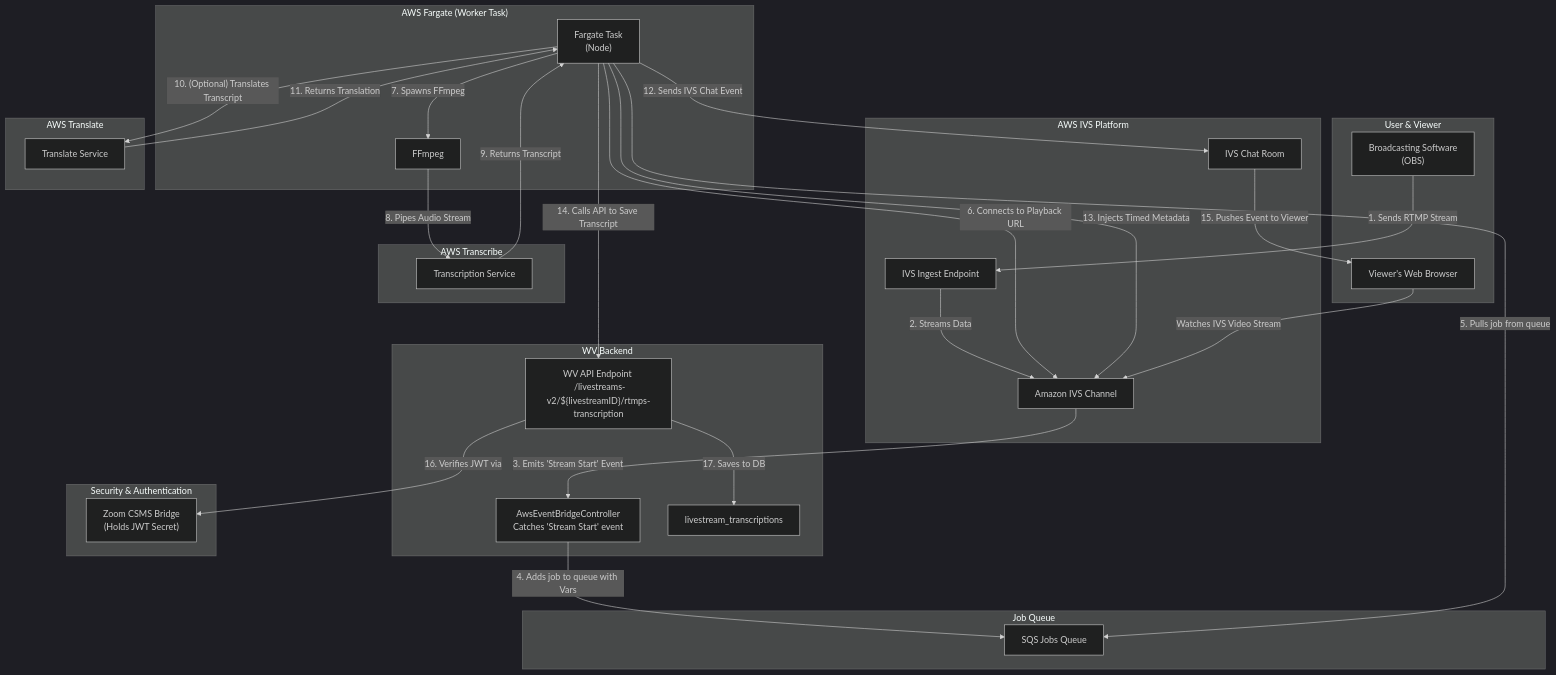
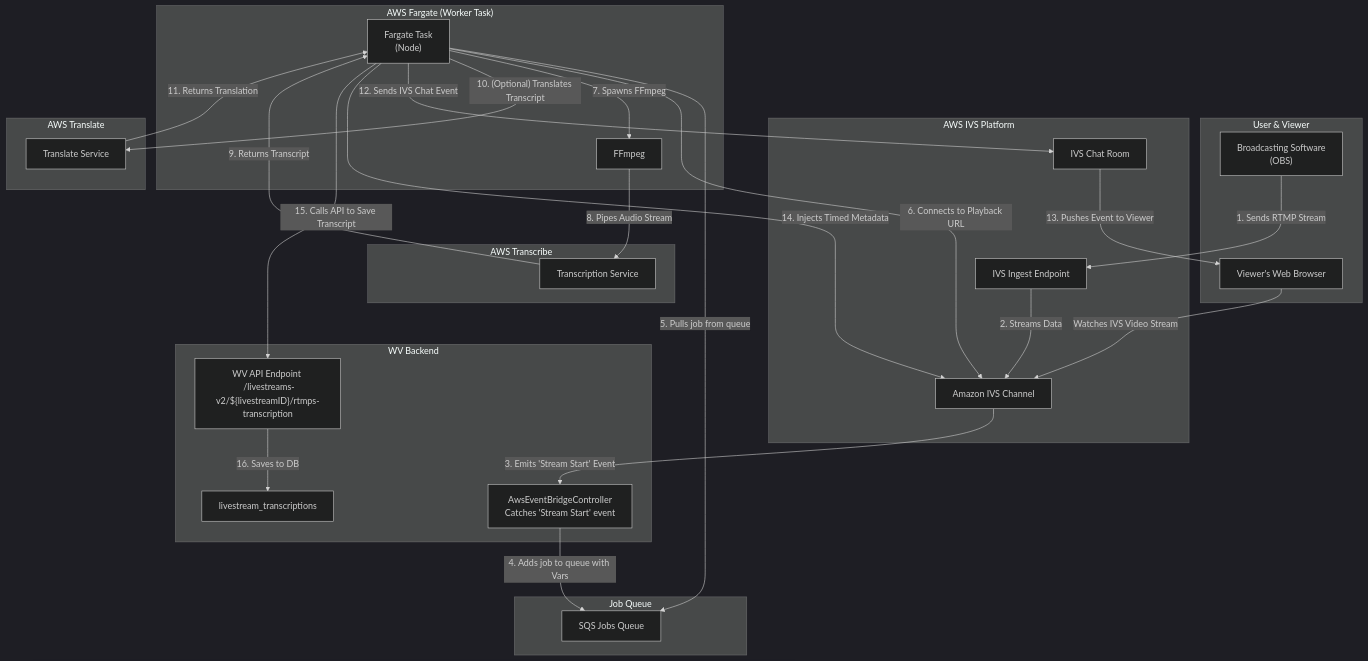
One commit to filoliveirawv/js-fargate-trasncriber changed the diagram in ARCHITECTURE.MD. Above: the diagram before and after it, drawn with Mermaid (dark theme). The commit also changed 1 other file, not shown here.

Commit message:
updated graph

````diff
--- a/ARCHITECTURE.MD
+++ b/ARCHITECTURE.MD
@@ -3,65 +3,60 @@
 ```mermaid
 graph TD
     subgraph "User & Viewer"
         ENCODER["Broadcasting Software <br> (OBS)"]
         VIEWER["Viewer's Web Browser"]
     end
 
     subgraph "AWS IVS Platform"
         IVS_INGEST["IVS Ingest Endpoint"]
         IVS_CHANNEL["Amazon IVS Channel"]
         IVS_CHATROOM["IVS Chat Room"]
     end
 
     subgraph "WV Backend"
         CONTROLLER["AwsEventBridgeController <br> Catches 'Stream Start' event"]
         DB["livestream_transcriptions"]
         ENDPOINT["WV API Endpoint <br> /livestreams-v2/${livestreamID}/rtmps-transcription"]
     end
 
     subgraph "AWS Fargate (Worker Task)"
         FARGATE_TASK["Fargate Task <br> (Node)"]
         FFMPEG["FFmpeg"]
     end
 
     subgraph "AWS Transcribe"
         TRANSCRIBE["Transcription Service"]
     end
 
     subgraph "AWS Translate"
         TRANSLATE["Translate Service"]
     end
 
-    subgraph "Security & Authentication"
-        CSMS["Zoom CSMS Bridge <br> (Holds JWT Secret)"]
-    end
-
     subgraph "Job Queue"
         SQS[SQS Jobs Queue]
     end
 
     %% --- The Flow ---
 
     ENCODER -- "1. Sends RTMP Stream" --> IVS_INGEST
     IVS_INGEST -- "2. Streams Data" --> IVS_CHANNEL
     IVS_CHANNEL -- "3. Emits 'Stream Start' Event" --> CONTROLLER
     CONTROLLER -- "4. Adds job to queue with Vars" --> SQS
     FARGATE_TASK -- "5. Pulls job from queue" --> SQS
 
     FARGATE_TASK -- "6. Connects to Playback URL" --> IVS_CHANNEL
     FARGATE_TASK -- "7. Spawns FFmpeg" --> FFMPEG
     FFMPEG -- "8. Pipes Audio Stream" --> TRANSCRIBE
     TRANSCRIBE -- "9. Returns Transcript" --> FARGATE_TASK
     FARGATE_TASK -- "10. (Optional) Translates Transcript" --> TRANSLATE
     TRANSLATE -- "11. Returns Translation" --> FARGATE_TASK
 
     FARGATE_TASK -- "12. Sends IVS Chat Event" --> IVS_CHATROOM
-    FARGATE_TASK -- "13. Injects Timed Metadata" --> IVS_CHANNEL
-    FARGATE_TASK -- "14. Calls API to Save Transcript" --> ENDPOINT
+    FARGATE_TASK -- "14. Injects Timed Metadata" --> IVS_CHANNEL
+    FARGATE_TASK -- "15. Calls API to Save Transcript" --> ENDPOINT
 
-    IVS_CHATROOM -- "15. Pushes Event to Viewer" --> VIEWER
-    ENDPOINT -- "16. Verifies JWT via" --> CSMS
-    ENDPOINT -- "17. Saves to DB" --> DB
+    IVS_CHATROOM -- "13. Pushes Event to Viewer" --> VIEWER
+    ENDPOINT -- "16. Saves to DB" --> DB
 
     VIEWER -- "Watches IVS Video Stream" --> IVS_CHANNEL
 ```
````
